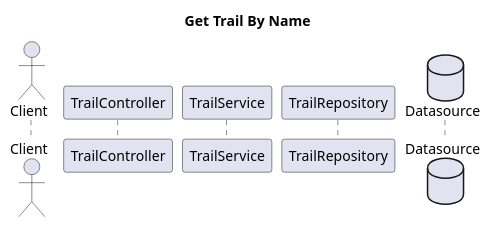
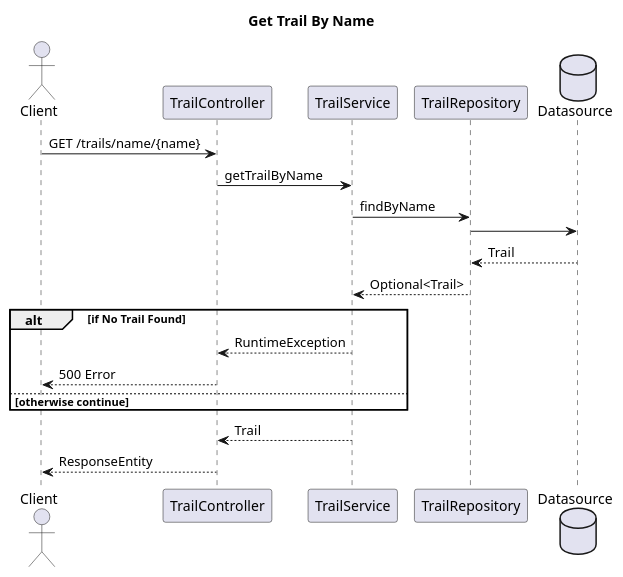
One commit to f-julie/class-and-sequence-diagrams changed the diagram in src/resources/GetTrailByNameSD.puml. Above: the diagram before and after it, drawn with PlantUML. The commit also changed 6 other files, not shown here.

```diff
--- a/src/resources/GetTrailByNameSD.puml
+++ b/src/resources/GetTrailByNameSD.puml
@@ -1,10 +1,31 @@
 @startuml
 title Get Trail By Name
 
 actor Client
 participant TrailController
 participant TrailService
 participant TrailRepository
 database Datasource
 
+Client -> TrailController: GET /trails/name/{name}
+
+TrailController -> TrailService: getTrailByName
+
+TrailService -> TrailRepository: findByName
+
+TrailRepository -> Datasource
+Datasource --> TrailRepository: Trail
+
+TrailRepository --> TrailService: Optional<Trail>
+
+alt if No Trail Found
+TrailService --> TrailController: RuntimeException
+TrailController --> Client: 500 Error
+else otherwise continue
+end
+
+TrailService --> TrailController: Trail
+
+TrailController --> Client: ResponseEntity
+
 @enduml
```
